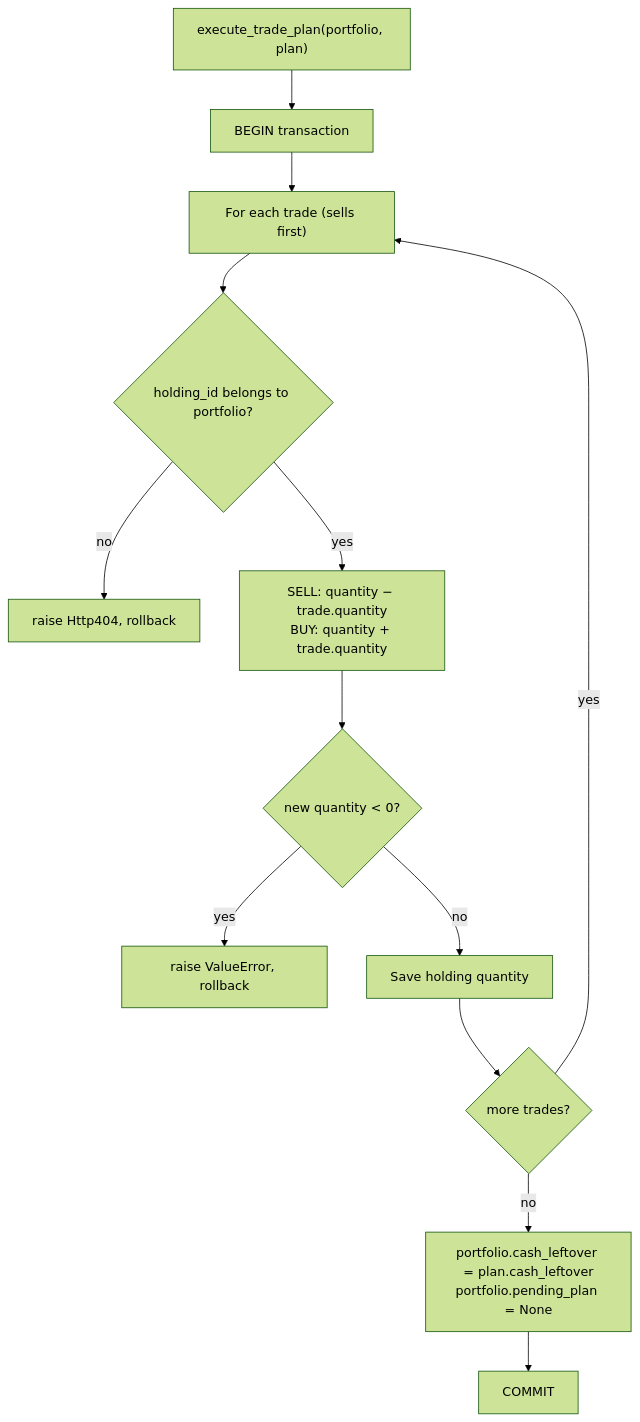
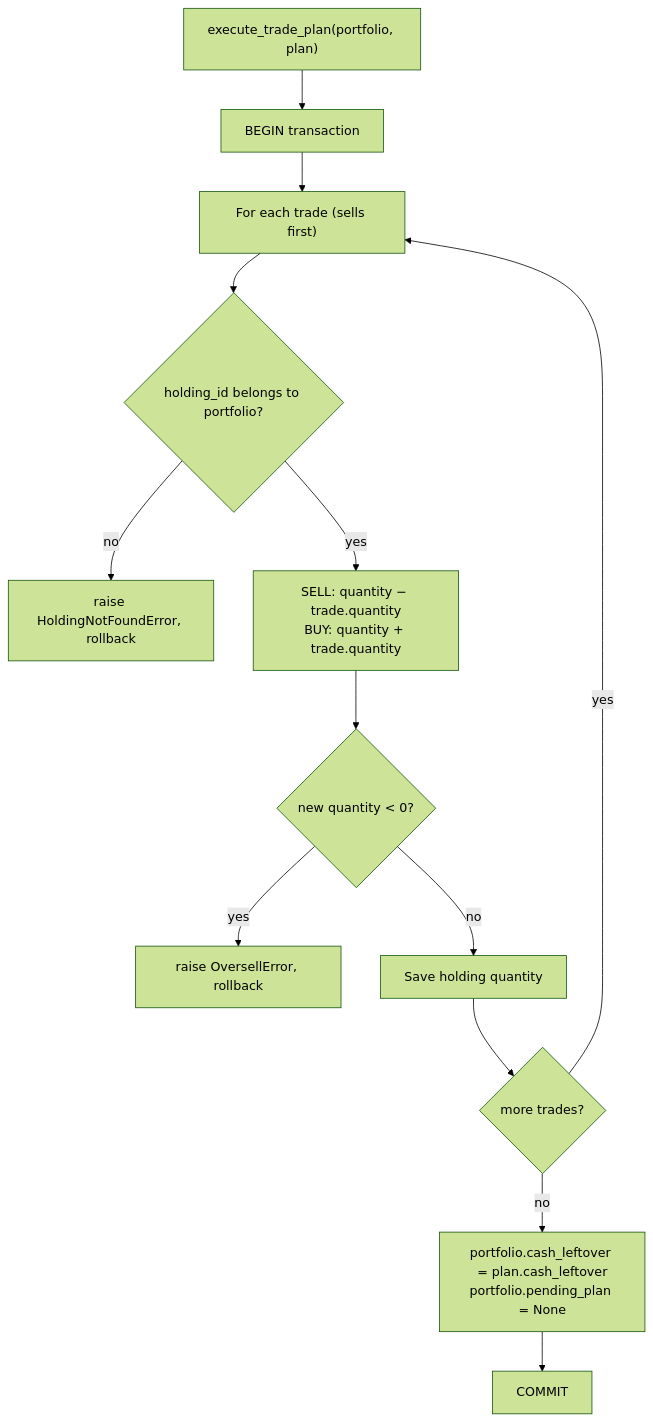
One commit to nicoaravena/stock-portfolio changed the second of 2 diagrams in README.md. Above: the diagram before and after it, drawn with Mermaid (forest theme). The commit also changed other lines of this file and 3 other files, not shown here.

````diff
--- a/README.md
+++ b/README.md
@@ -60,15 +124,15 @@
 ```mermaid
 flowchart TD
     A["execute_trade_plan(portfolio, plan)"] --> B["BEGIN transaction"]
     B --> C["For each trade (sells first)"]
     C --> D{"holding_id belongs to portfolio?"}
-    D -- no --> E["raise Http404, rollback"]
+    D -- no --> E["raise HoldingNotFoundError, rollback"]
     D -- yes --> F["SELL: quantity − trade.quantity<br/>BUY: quantity + trade.quantity"]
     F --> G{"new quantity < 0?"}
-    G -- yes --> H["raise ValueError, rollback"]
+    G -- yes --> H["raise OversellError, rollback"]
     G -- no --> I["Save holding quantity"]
     I --> J{"more trades?"}
     J -- yes --> C
     J -- no --> K["portfolio.cash_leftover = plan.cash_leftover<br/>portfolio.pending_plan = None"]
     K --> L["COMMIT"]
 ```
````
